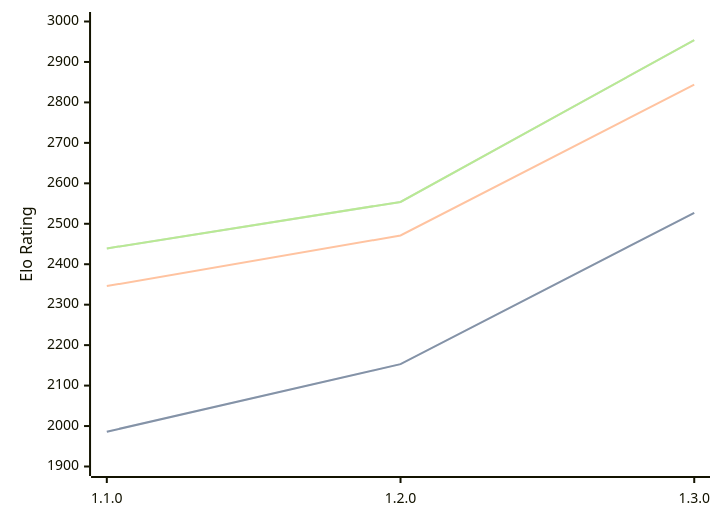
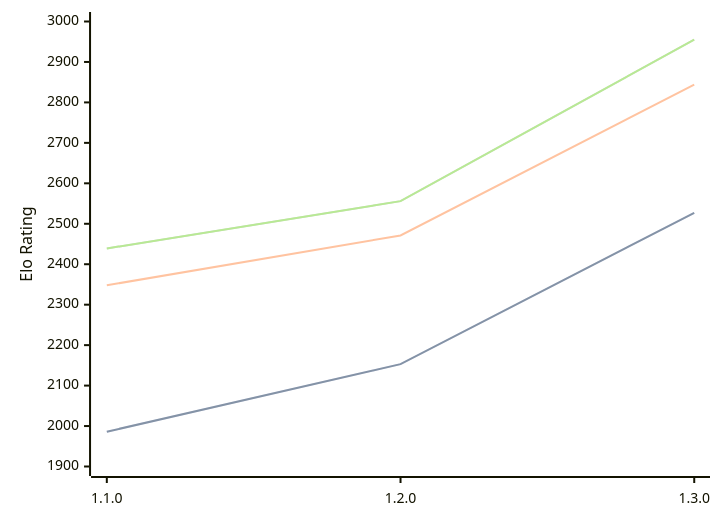
The diagram in engines/Gyatso.md (computer-chess-index/cci), drawn with Mermaid before and after one commit. The commit also changed other lines of this file, not shown here.

Commit message:
Update CCI Ratings (ELO VLTC) - 2026-04-12

````diff
--- a/engines/Gyatso.md
+++ b/engines/Gyatso.md
@@ -34,11 +34,11 @@
 ```mermaid
 %%{init: {"theme":"base","themeVariables":{"seriesColors:['#a3a3a3','#222221','#faa371']}}}%%
 xychart-beta
   x-axis ["1.1.0", "1.2.0", "1.3.0"]
   y-axis "Elo Rating" 1900 --> 3000
   line "STC (8.0+0.08s)" [1986, 2153, 2527]
   line "STC (8.0+0.08s)" [1986, 2153, 2527]
-  line "LTC (60.0+0.60s)" [2346, 2471, 2844]
-  line "VLTC (2m24s+1.12s)" [2439, 2554, 2954]
-  line "VLTC (2m24s+1.12s)" [2439, 2554, 2954]
+  line "LTC (60.0+0.60s)" [2348, 2471, 2844]
+  line "VLTC (2m24s+1.12s)" [2439, 2556, 2955]
+  line "VLTC (2m24s+1.12s)" [2439, 2556, 2955]
 ```
````
